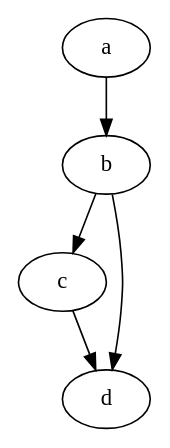
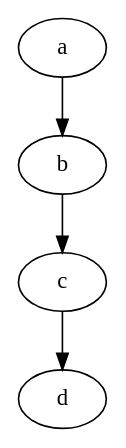
Before and after one commit to bneijt/dotimate: the diagram in a.dot, drawn with Graphviz. The commit also changed 2 other files, not shown here.

```diff
--- a/a.dot
+++ b/a.dot
@@ -1,6 +1,6 @@
 digraph code {
-    c -> d;
+    a;b;c;d;
     a -> b;
     b -> c;
-    b -> d;
+    c -> d;
 }
```
